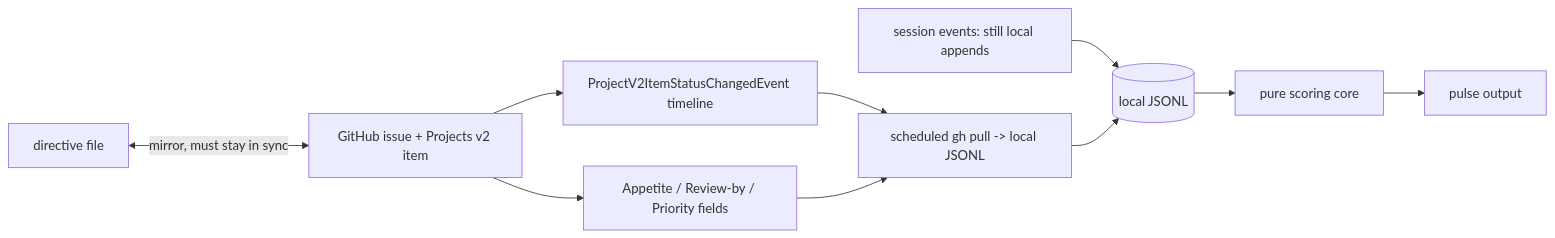
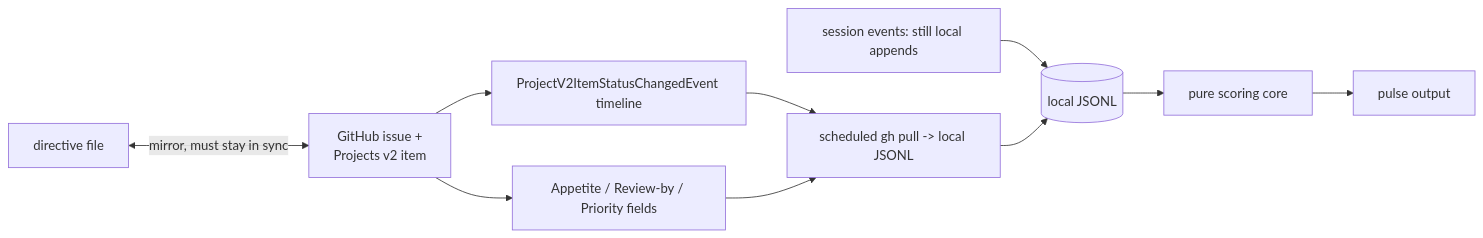
One commit to noah-goodrich/borg-collective changed the second of 6 diagrams in docs/research/2026-10-04-pm-capabilities-build-adopt-outsource/recommendation.md. Above: the diagram before and after it, drawn with Mermaid. The commit also changed other lines of this file and 2 other files, not shown here.

````diff
--- a/docs/research/2026-10-04-pm-capabilities-build-adopt-outsource/recommendation.md
+++ b/docs/research/2026-10-04-pm-capabilities-build-adopt-outsource/recommendation.md
@@ -201,12 +207,14 @@
 ```mermaid
 flowchart LR
-    D[directive file] <-->|mirror, must stay in sync| I[GitHub issue + Projects v2 item]
+    D[directive file]
+    I["GitHub issue +<br/>Projects v2 item"]
+    D <-->|mirror, must stay in sync| I
     I --> T[ProjectV2ItemStatusChangedEvent timeline]
     I --> F[Appetite / Review-by / Priority fields]
     T --> P[scheduled gh pull -> local JSONL]
     F --> P
     SS[session events: still local appends] --> J[(local JSONL)]
     P --> J
     J --> C[pure scoring core]
     C --> O[pulse output]
 ```
````
